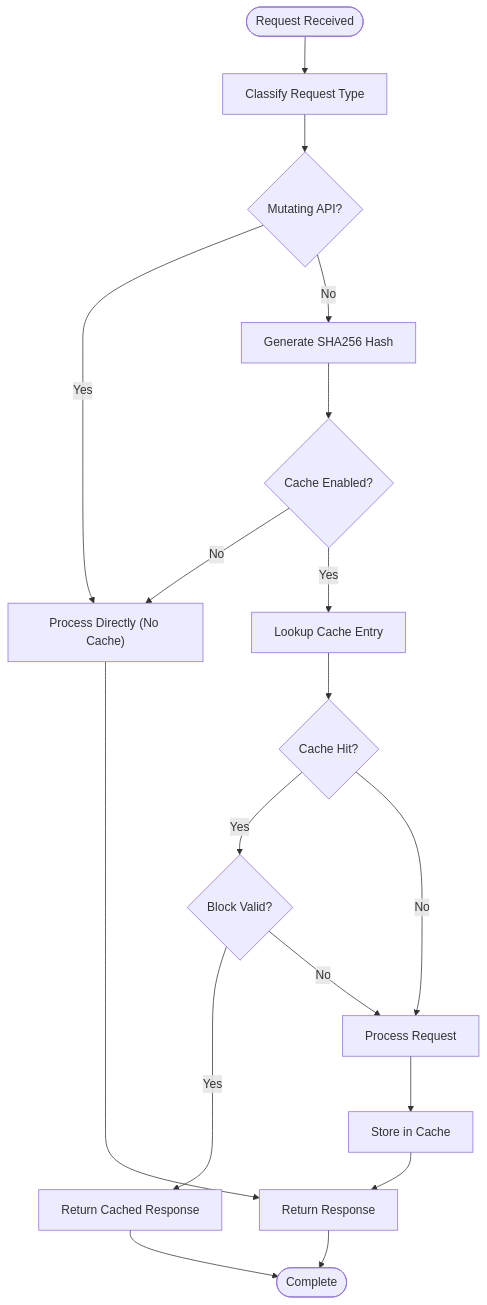
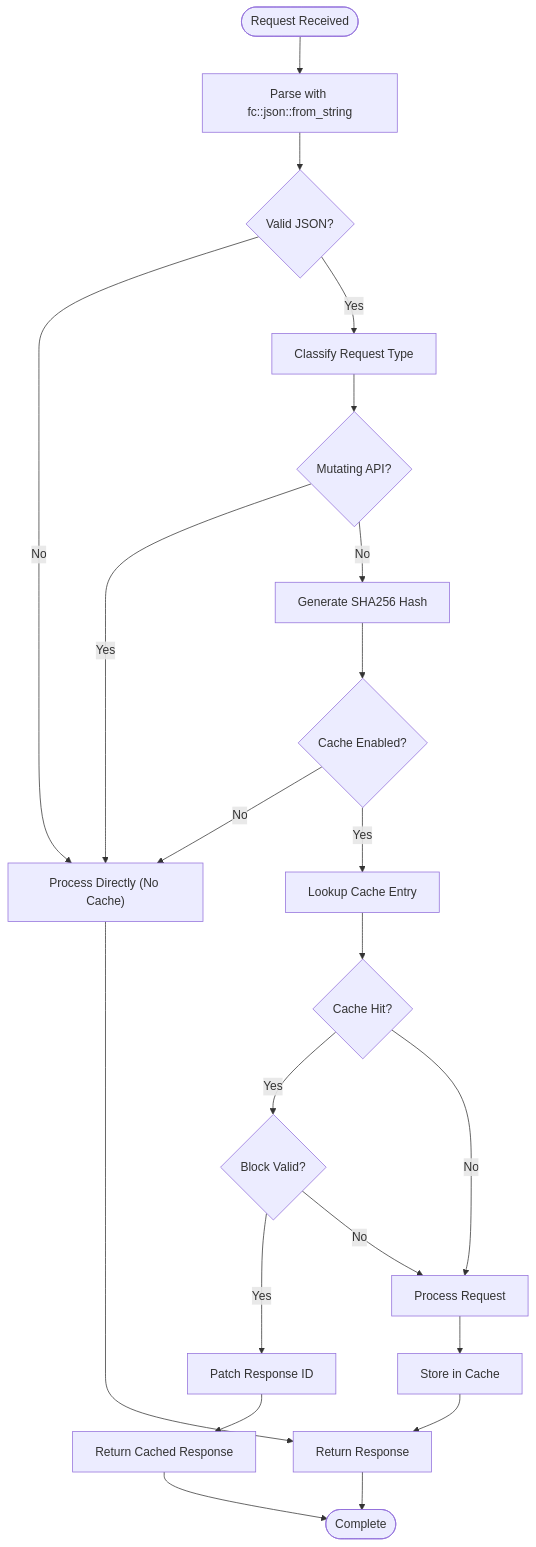
The fourth of 12 diagrams in .qoder/repowiki/en/content/Webserver Plugin.md (VIZ-Blockchain/viz-cpp-node), drawn with Mermaid before and after one commit. The commit also changed other lines of this file and 1 other file, not shown here.

First line of the commit message:
perf(webserver): improve JSON-RPC caching with fc::variant-based parsing

````diff
--- a/.qoder/repowiki/en/content/Webserver Plugin.md
+++ b/.qoder/repowiki/en/content/Webserver Plugin.md
@@ -197,20 +205,24 @@
 ```mermaid
 flowchart TD
-Start([Request Received]) --> Classify["Classify Request Type"]
+Start([Request Received]) --> Parse[Parse with fc::json::from_string]
+Parse --> Valid{Valid JSON?}
+Valid --> |No| ProcessDirect["Process Directly (No Cache)"]
+Valid --> |Yes| Classify["Classify Request Type"]
 Classify --> Mutating{"Mutating API?"}
-Mutating --> |Yes| ProcessDirect["Process Directly (No Cache)"]
+Mutating --> |Yes| ProcessDirect
 Mutating --> |No| Hash["Generate SHA256 Hash"]
 Hash --> CacheCheck{"Cache Enabled?"}
 CacheCheck --> |No| ProcessDirect
 CacheCheck --> |Yes| LookupCache["Lookup Cache Entry"]
 LookupCache --> CacheHit{"Cache Hit?"}
 CacheHit --> |Yes| BlockCheck{"Block Valid?"}
 CacheHit --> |No| ProcessRequest["Process Request"]
-BlockCheck --> |Yes| ReturnCached["Return Cached Response"]
+BlockCheck --> |Yes| PatchID["Patch Response ID"]
+PatchID --> ReturnCached["Return Cached Response"]
 BlockCheck --> |No| ProcessRequest
 ProcessRequest --> StoreCache["Store in Cache"]
 StoreCache --> ReturnResponse["Return Response"]
 ProcessDirect --> ReturnResponse
 ReturnCached --> End([Complete])
 ReturnResponse --> End
 ```
````
